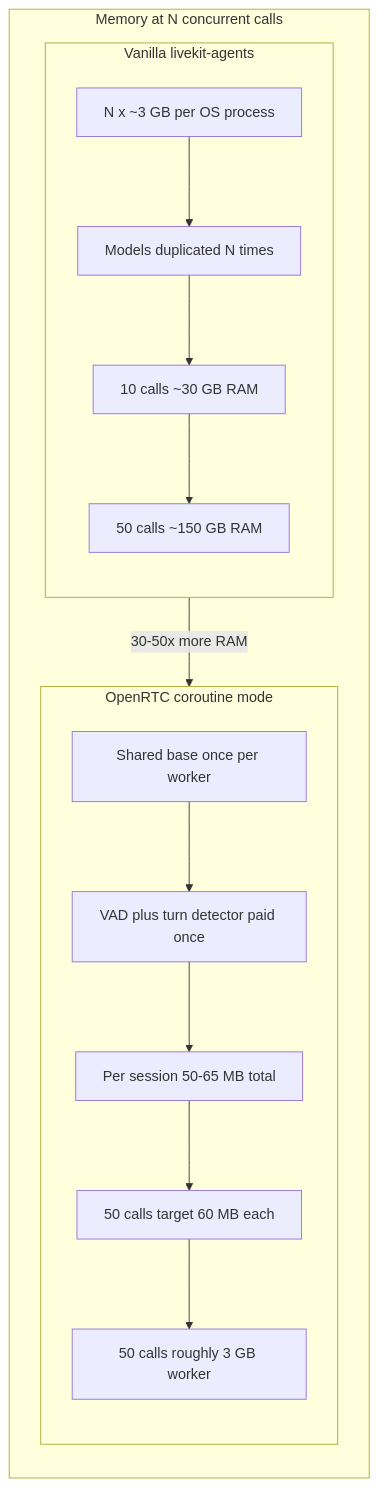
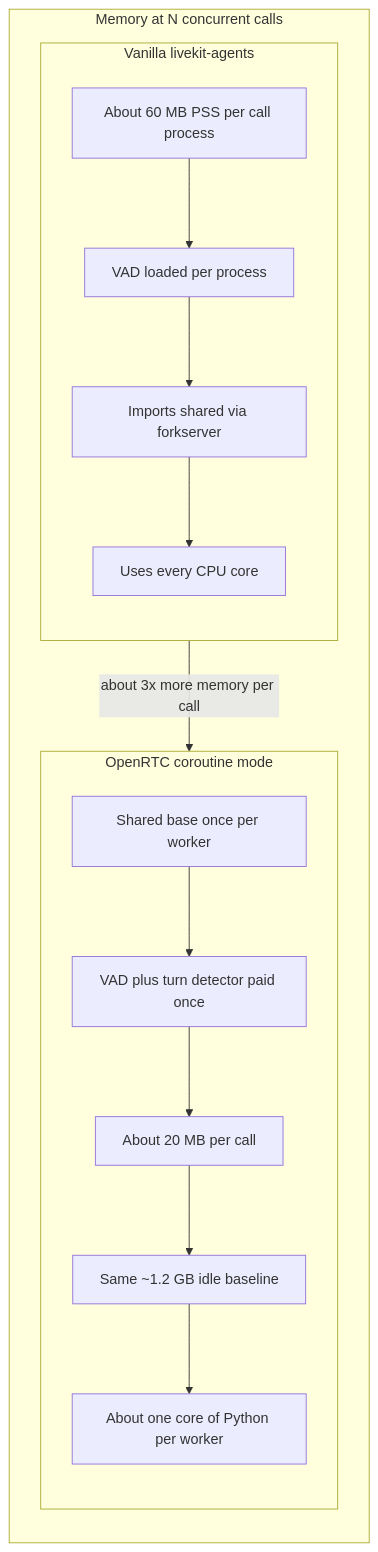
Before and after one commit to mahimailabs/openrtc-runtime: the diagram in docs/diagrams/06-scaling.mmd, drawn with Mermaid. The commit also changed 16 other files, not shown here.

```diff
--- a/docs/diagrams/06-scaling.mmd
+++ b/docs/diagrams/06-scaling.mmd
@@ -1,22 +1,22 @@
 flowchart TB
   subgraph legend["Memory at N concurrent calls"]
     direction TB
     subgraph baseline_proc["Vanilla livekit-agents"]
       direction TB
-      F1["N x ~3 GB per OS process"]
-      F2["Models duplicated N times"]
-      F3["10 calls ~30 GB RAM"]
-      F4["50 calls ~150 GB RAM"]
+      F1["About 60 MB PSS per call process"]
+      F2["VAD loaded per process"]
+      F3["Imports shared via forkserver"]
+      F4["Uses every CPU core"]
       F1 --> F2 --> F3 --> F4
     end
     subgraph baseline_rtc["OpenRTC coroutine mode"]
       direction TB
       G1["Shared base once per worker"]
       G2["VAD plus turn detector paid once"]
-      G3["Per session 50-65 MB total"]
-      G4["50 calls target 60 MB each"]
-      G5["50 calls roughly 3 GB worker"]
+      G3["About 20 MB per call"]
+      G4["Same ~1.2 GB idle baseline"]
+      G5["About one core of Python per worker"]
       G1 --> G2 --> G3 --> G4 --> G5
     end
   end
-  baseline_proc -->|"30-50x more RAM"| baseline_rtc
+  baseline_proc -->|"about 3x more memory per call"| baseline_rtc
```
